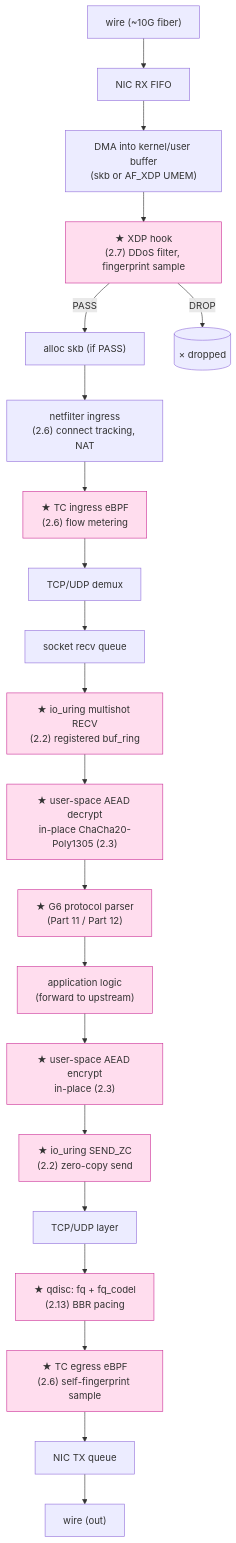
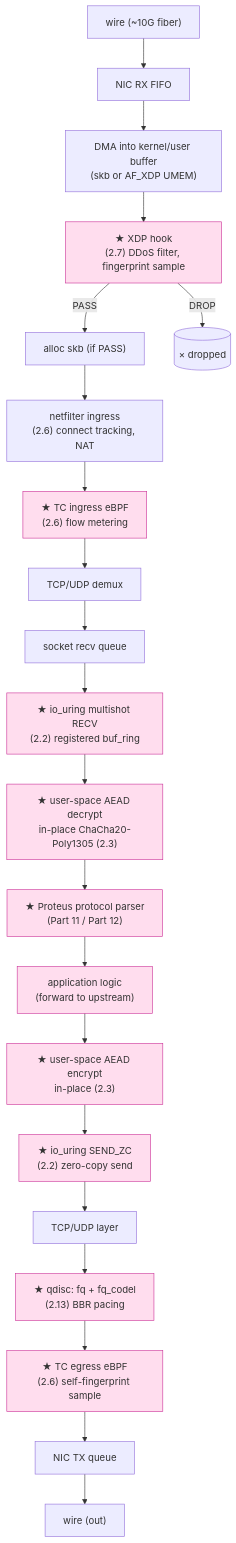
Before and after one commit to Icarus603/network-from-scratch: the first of 6 diagrams in lessons/part-2-high-perf-io/2.14-final-picture.md, drawn with Mermaid. The commit also changed other lines of this file and 300 other files, not shown here.

````diff
--- a/lessons/part-2-high-perf-io/2.14-final-picture.md
+++ b/lessons/part-2-high-perf-io/2.14-final-picture.md
@@ -40,49 +40,49 @@
 ```mermaid
 flowchart TD
     WIRE["wire (~10G fiber)"]
     NIC["NIC RX FIFO"]
     DMA["DMA into kernel/user buffer<br/>(skb or AF_XDP UMEM)"]
     XDP_HOOK["★ XDP hook<br/>(2.7) DDoS filter, fingerprint sample"]
     SKB_ALLOC["alloc skb (if PASS)"]
     NETFILTER["netfilter ingress<br/>(2.6) connect tracking, NAT"]
     TC_INGRESS["★ TC ingress eBPF<br/>(2.6) flow metering"]
     L4["TCP/UDP demux"]
     SOCKQ["socket recv queue"]
     
     IOURING_RX["★ io_uring multishot RECV<br/>(2.2) registered buf_ring"]
     USR_DECRYPT["★ user-space AEAD decrypt<br/>in-place ChaCha20-Poly1305 (2.3)"]
-    USR_PROTOCOL["★ G6 protocol parser<br/>(Part 11 / Part 12)"]
+    USR_PROTOCOL["★ Proteus protocol parser<br/>(Part 11 / Part 12)"]
     USR_LOGIC["application logic<br/>(forward to upstream)"]
     
     USR_ENCRYPT["★ user-space AEAD encrypt<br/>in-place (2.3)"]
     IOURING_TX["★ io_uring SEND_ZC<br/>(2.2) zero-copy send"]
     TCP_OUT["TCP/UDP layer"]
     QDISC["★ qdisc: fq + fq_codel<br/>(2.13) BBR pacing"]
     TC_EGRESS["★ TC egress eBPF<br/>(2.6) self-fingerprint sample"]
     NIC_TX["NIC TX queue"]
     WIRE_OUT["wire (out)"]
 
     WIRE --> NIC
     NIC --> DMA
     DMA --> XDP_HOOK
     XDP_HOOK -- "PASS" --> SKB_ALLOC
     XDP_HOOK -- "DROP" --> DROP[("× dropped")]
     SKB_ALLOC --> NETFILTER
     NETFILTER --> TC_INGRESS
     TC_INGRESS --> L4
     L4 --> SOCKQ
     SOCKQ --> IOURING_RX
     IOURING_RX --> USR_DECRYPT
     USR_DECRYPT --> USR_PROTOCOL
     USR_PROTOCOL --> USR_LOGIC
     USR_LOGIC --> USR_ENCRYPT
     USR_ENCRYPT --> IOURING_TX
     IOURING_TX --> TCP_OUT
     TCP_OUT --> QDISC
     QDISC --> TC_EGRESS
     TC_EGRESS --> NIC_TX
     NIC_TX --> WIRE_OUT
 
     classDef ours fill:#fde,stroke:#c39
     class XDP_HOOK,TC_INGRESS,IOURING_RX,USR_DECRYPT,USR_PROTOCOL,USR_LOGIC,USR_ENCRYPT,IOURING_TX,QDISC,TC_EGRESS ours
 ```
````
